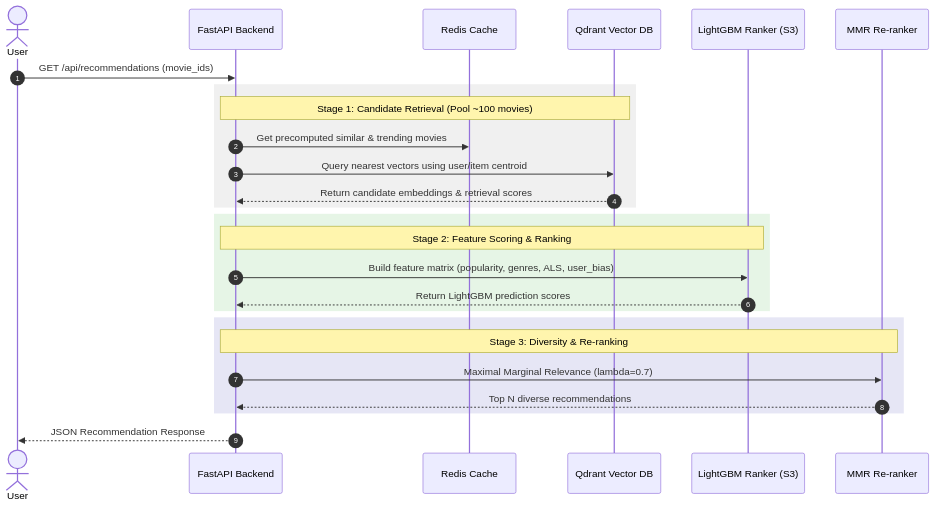
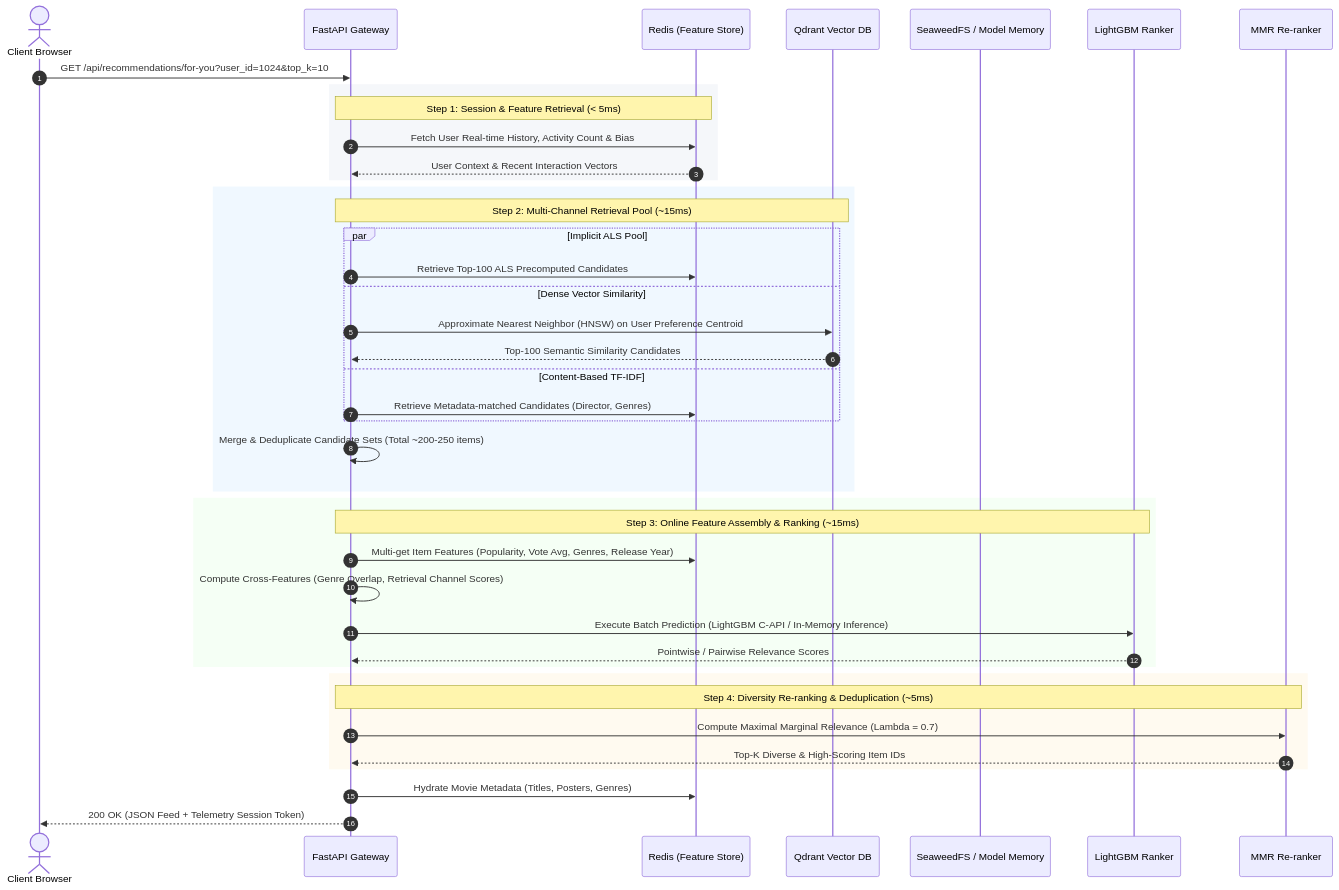
One commit to dducsw/movie-recsys changed the second of 2 diagrams in docs/architecture.md. Above: the diagram before and after it, drawn with Mermaid. The commit also changed other lines of this file and 13 other files, not shown here.

````diff
--- a/docs/architecture.md
+++ b/docs/architecture.md
@@ -67,33 +87,49 @@
 ```mermaid
 sequenceDiagram
     autonumber
-    actor User
-    participant API as FastAPI Backend
-    participant Redis as Redis Cache
+    actor User as Client Browser
+    participant API as FastAPI Gateway
+    participant Cache as Redis (Feature Store)
     participant Qdrant as Qdrant Vector DB
-    participant Model as LightGBM Ranker (S3)
+    participant S3 as SeaweedFS / Model Memory
+    participant LGBM as LightGBM Ranker
     participant MMR as MMR Re-ranker
 
-    User->>API: GET /api/recommendations (movie_ids)
+    User->>API: GET /api/recommendations/for-you?user_id=1024&top_k=10
     
-    rect rgb(240, 240, 240)
-        note over API,Qdrant: Stage 1: Candidate Retrieval (Pool ~100 movies)
-        API->>Redis: Get precomputed similar & trending movies
-        API->>Qdrant: Query nearest vectors using user/item centroid
-        Qdrant-->>API: Return candidate embeddings & retrieval scores
+    rect rgb(245, 247, 250)
+        note over API,Cache: Step 1: Session & Feature Retrieval (< 5ms)
+        API->>Cache: Fetch User Real-time History, Activity Count & Bias
+        Cache-->>API: User Context & Recent Interaction Vectors
     end
 
-    rect rgb(230, 245, 230)
-        note over API,Model: Stage 2: Feature Scoring & Ranking
-        API->>Model: Build feature matrix (popularity, genres, ALS, user_bias)
-        Model-->>API: Return LightGBM prediction scores
+    rect rgb(240, 248, 255)
+        note over API,Qdrant: Step 2: Multi-Channel Retrieval Pool (~15ms)
+        par Implicit ALS Pool
+            API->>Cache: Retrieve Top-100 ALS Precomputed Candidates
+        and Dense Vector Similarity
+            API->>Qdrant: Approximate Nearest Neighbor (HNSW) on User Preference Centroid
+            Qdrant-->>API: Top-100 Semantic Similarity Candidates
+        and Content-Based TF-IDF
+            API->>Cache: Retrieve Metadata-matched Candidates (Director, Genres)
+        end
+        API->>API: Merge & Deduplicate Candidate Sets (Total ~200-250 items)
     end
 
-    rect rgb(230, 230, 245)
-        note over API,MMR: Stage 3: Diversity & Re-ranking
-        API->>MMR: Maximal Marginal Relevance (lambda=0.7)
-        MMR-->>API: Top N diverse recommendations
+    rect rgb(245, 255, 245)
+        note over API,LGBM: Step 3: Online Feature Assembly & Ranking (~15ms)
+        API->>Cache: Multi-get Item Features (Popularity, Vote Avg, Genres, Release Year)
+        API->>API: Compute Cross-Features (Genre Overlap, Retrieval Channel Scores)
+        API->>LGBM: Execute Batch Prediction (LightGBM C-API / In-Memory Inference)
+        LGBM-->>API: Pointwise / Pairwise Relevance Scores
     end
 
-    API-->>User: JSON Recommendation Response
+    rect rgb(255, 250, 240)
+        note over API,MMR: Step 4: Diversity Re-ranking & Deduplication (~5ms)
+        API->>MMR: Compute Maximal Marginal Relevance (Lambda = 0.7)
+        MMR-->>API: Top-K Diverse & High-Scoring Item IDs
+    end
+
+    API->>Cache: Hydrate Movie Metadata (Titles, Posters, Genres)
+    API-->>User: 200 OK (JSON Feed + Telemetry Session Token)
 ```
````
